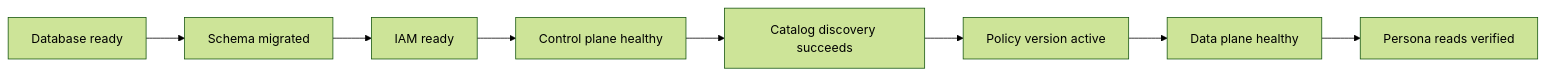
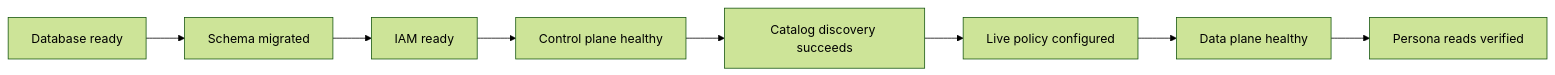
One commit to snithish/dal-obscura changed the first of 2 diagrams in docs/operators-runbook.md. Above: the diagram before and after it, drawn with Mermaid (forest theme). The commit also changed other lines of this file and 174 other files, not shown here.

````diff
--- a/docs/operators-runbook.md
+++ b/docs/operators-runbook.md
@@ -8,10 +8,10 @@
 ```mermaid
 flowchart LR
     db["Database ready"] --> schema["Schema migrated"]
     schema --> iam["IAM ready"]
     iam --> cp["Control plane healthy"]
     cp --> catalog["Catalog discovery succeeds"]
-    catalog --> policy["Policy version active"]
+    catalog --> policy["Live policy configured"]
     policy --> dp["Data plane healthy"]
     dp --> read["Persona reads verified"]
 ```
````
